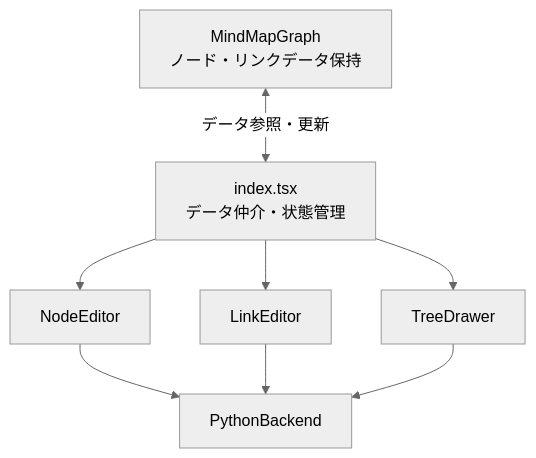
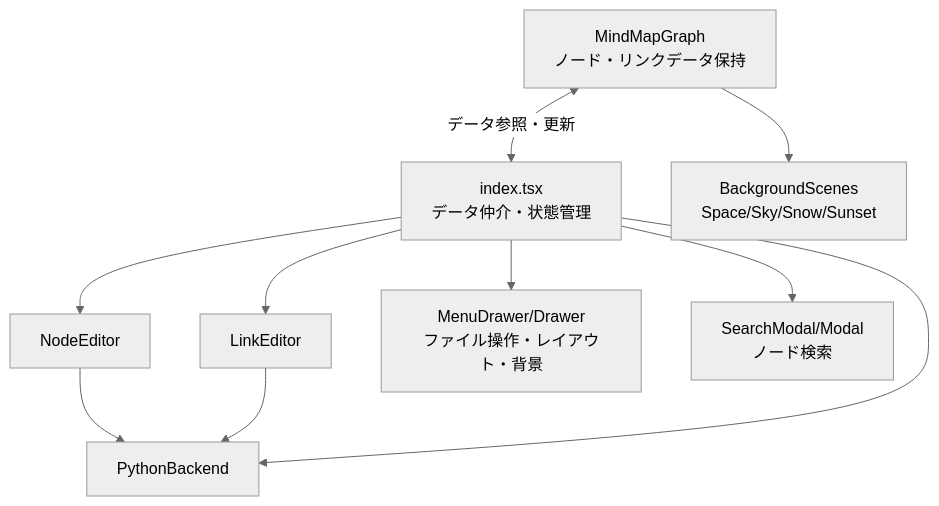
Before and after one commit to offpiste111/space_mind: the second of 7 diagrams in detailed_design.md, drawn with Mermaid (neutral theme). The commit also changed other lines of this file and 4 other files, not shown here.

````diff
--- a/detailed_design.md
+++ b/detailed_design.md
@@ -27,17 +27,21 @@
 ```mermaid
 graph TB
     MindMap[MindMapGraph<br>ノード・リンクデータ保持]
     Index[index.tsx<br>データ仲介・状態管理]
     NodeEdit[NodeEditor]
     LinkEdit[LinkEditor]
-    TreeDraw[TreeDrawer]
+    MenuDrawer[MenuDrawer/Drawer<br>ファイル操作・レイアウト・背景]
+    SearchModal[SearchModal/Modal<br>ノード検索]
     Python[PythonBackend]
+    Background[BackgroundScenes<br>Space/Sky/Snow/Sunset]
     
     MindMap <--> |データ参照・更新| Index
     Index --> NodeEdit
     Index --> LinkEdit
-    Index --> TreeDraw
+    Index --> MenuDrawer
+    Index --> SearchModal
+    MindMap --> Background
     NodeEdit --> Python
     LinkEdit --> Python
-    TreeDraw --> Python
+    Index --> Python
 ```
````
